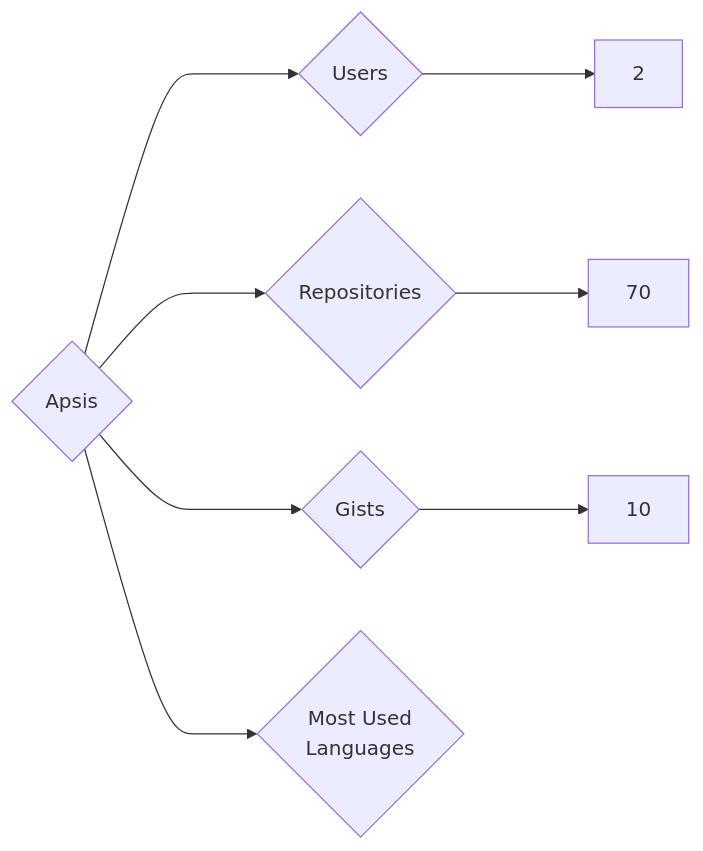
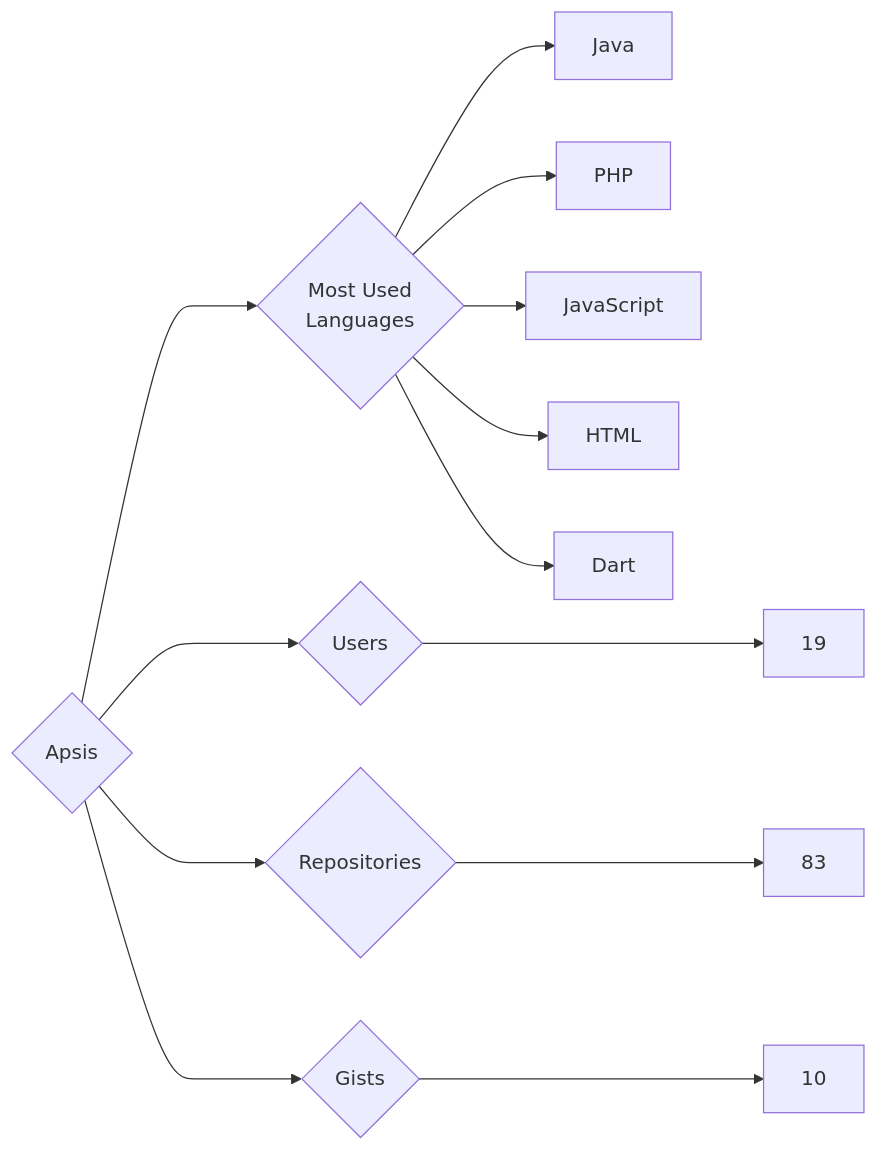
Before and after one commit to trickest/insiders: the diagram in targets/Apsis/README.md, drawn with Mermaid. The commit also changed 1084 other files, not shown here.

````diff
--- a/targets/Apsis/README.md
+++ b/targets/Apsis/README.md
@@ -3,8 +3,13 @@
 ```mermaid
 graph LR
 COMPANY_NAME{Apsis}
-COMPANY_NAME ---> U{Users} ---> UN[2]
-COMPANY_NAME ---> R{Repositories} ---> RN[70]
+COMPANY_NAME ---> U{Users} ---> UN[19]
+COMPANY_NAME ---> R{Repositories} ---> RN[83]
 COMPANY_NAME ---> G{Gists} ---> GN[10]
 COMPANY_NAME ---> ML{Most Used<br>Languages}
+ML --> Java[Java]
+ML --> PHP[PHP]
+ML --> JavaScript[JavaScript]
+ML --> HTML[HTML]
+ML --> Dart[Dart]
 ```
````
